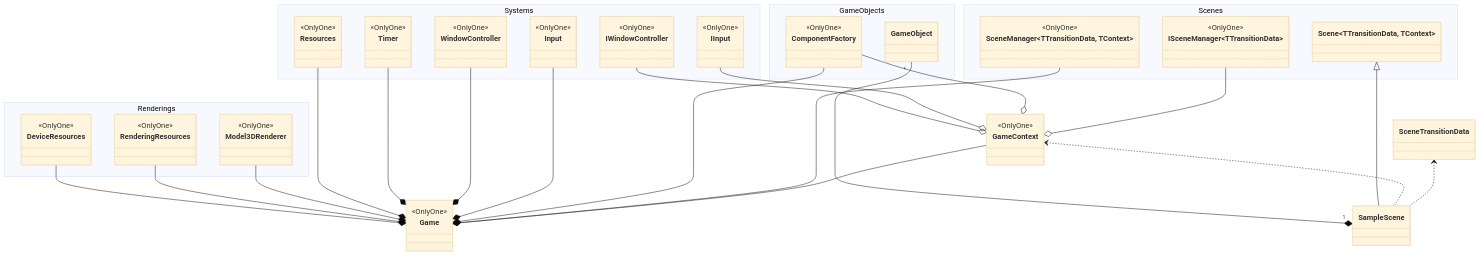
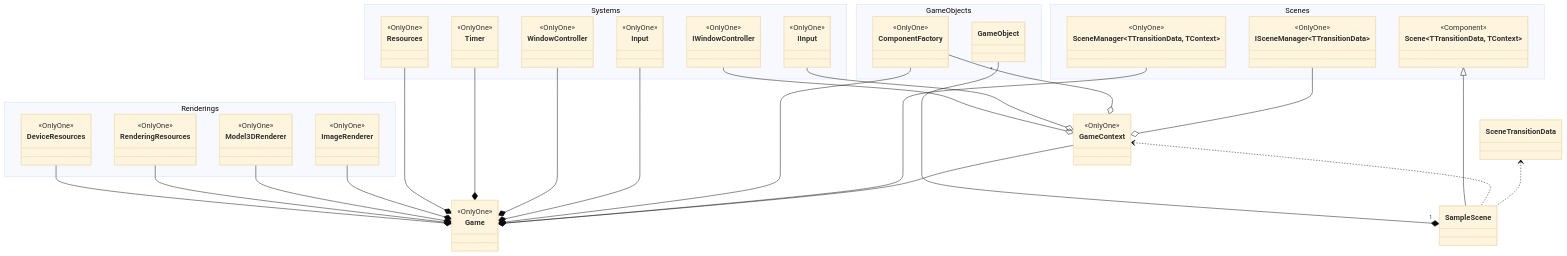
One commit to ZeroMatrix0000/RPGEditorVer2.0 changed the second of 2 diagrams in Readme.md. Above: the diagram before and after it, drawn with Mermaid (base theme). The commit also changed other lines of this file and 70 other files, not shown here.

````diff
--- a/Readme.md
+++ b/Readme.md
@@ -82,71 +97,76 @@
 ```mermaid
 
 classDiagram
 
 namespace Renderings{
     class DeviceResources
     class RenderingResources
     class Model3DRenderer
+    class ImageRenderer
 }
 
 namespace Systems{
     class Resources
     class Timer
     class IWindowController
     class WindowController
     class IInput
     class Input
 }
 
 namespace GameObjects{
     class ComponentFactory
     class GameObject
 }
 
 namespace Scenes{
     class Scene["Scene&lt;TTransitionData, TContext>"]
     class ISceneManager["ISceneManager&lt;TTransitionData>"]
     class SceneManager["SceneManager&lt;TTransitionData, TContext>"]
 }
 
 class GameContext
 class SceneTransitionData
 class Game
 
 class SampleScene
 
 <<OnlyOne>> DeviceResources
 <<OnlyOne>> RenderingResources
 <<OnlyOne>> Model3DRenderer
+<<OnlyOne>> ImageRenderer
 <<OnlyOne>> Resources
 <<OnlyOne>> Timer
 <<OnlyOne>> IWindowController
 <<OnlyOne>> WindowController
 <<OnlyOne>> IInput
 <<OnlyOne>> Input
 <<OnlyOne>> ComponentFactory
 <<OnlyOne>> ISceneManager
 <<OnlyOne>> SceneManager
 <<OnlyOne>> GameContext
 <<OnlyOne>> Game
 
+<<Component>> Scene
+
 DeviceResources --* Game
 RenderingResources --* Game
 Model3DRenderer --* Game
+ImageRenderer --* Game
 Resources --* Game
 Timer --* Game
 IWindowController --o GameContext
 WindowController --* Game
 IInput --o GameContext
 Input --* Game
 ComponentFactory --o GameContext
 ComponentFactory --* Game
 GameObject "*" --* "1" SampleScene
 Scene <|-- SampleScene
 ISceneManager --o GameContext
 SceneManager --* Game
 GameContext --* Game
 GameContext <.. SampleScene
 SceneTransitionData <.. SampleScene
 
 ```
````
